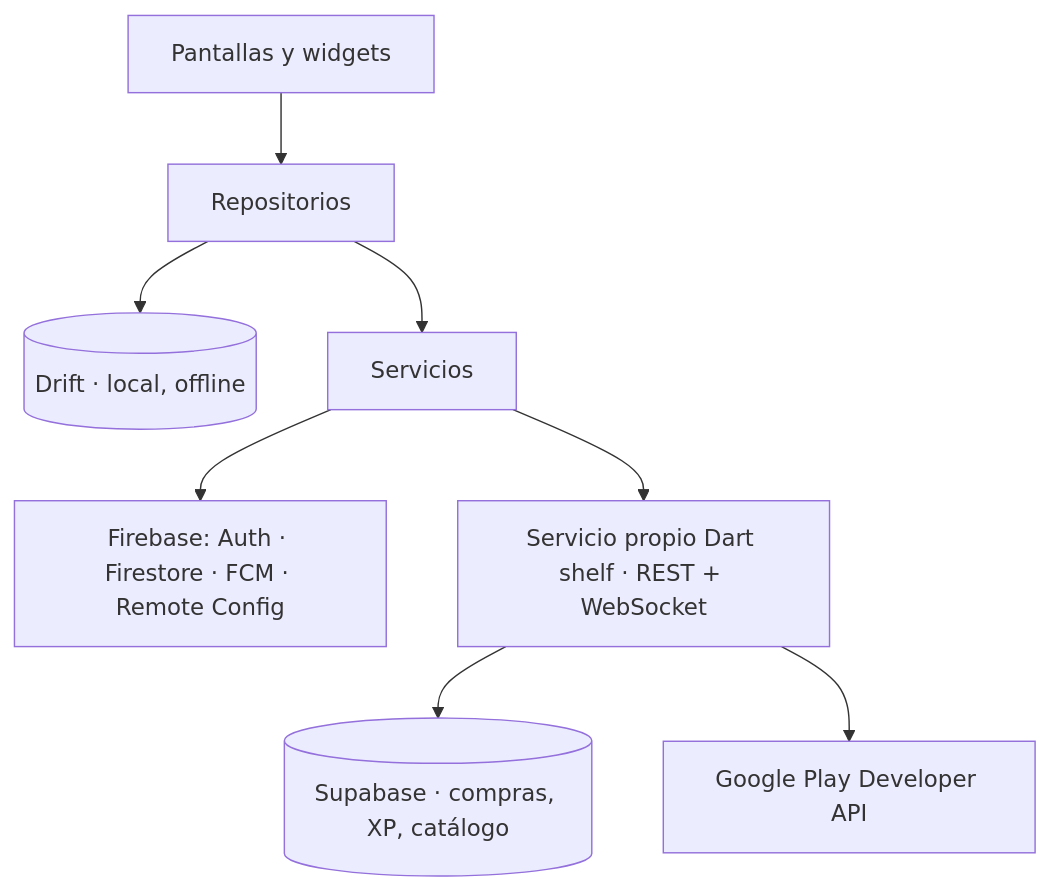
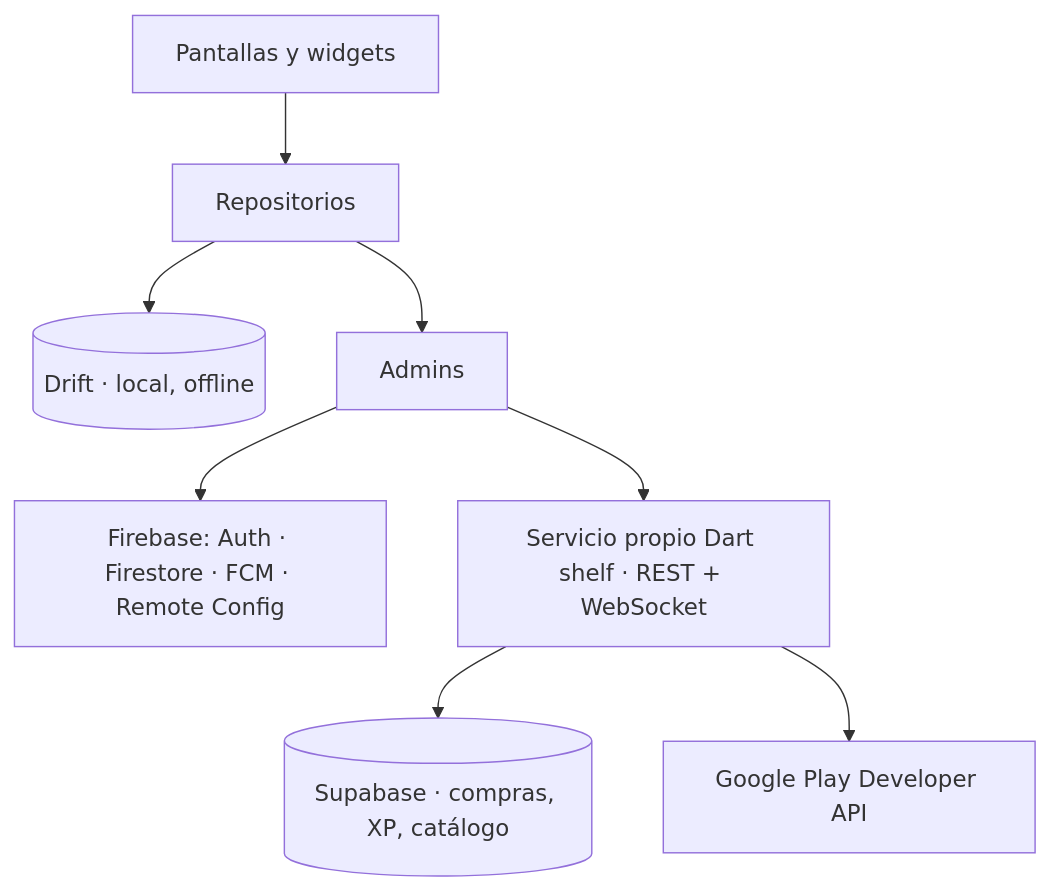
The third of 3 diagrams in README.md (Aitoorchs7/codo), drawn with Mermaid before and after one commit. The commit also changed other lines of this file and 25 other files, not shown here.

````diff
--- a/README.md
+++ b/README.md
@@ -69,10 +69,10 @@
 ```mermaid
 flowchart TB
     UI[Pantallas y widgets] --> R[Repositorios]
     R --> L[(Drift · local, offline)]
-    R --> S[Servicios]
+    R --> S[Admins]
     S --> FB[Firebase: Auth · Firestore · FCM · Remote Config]
     S --> API[Servicio propio Dart shelf · REST + WebSocket]
     API --> SQL[(Supabase · compras, XP, catálogo)]
     API --> GP[Google Play Developer API]
 ```
````
